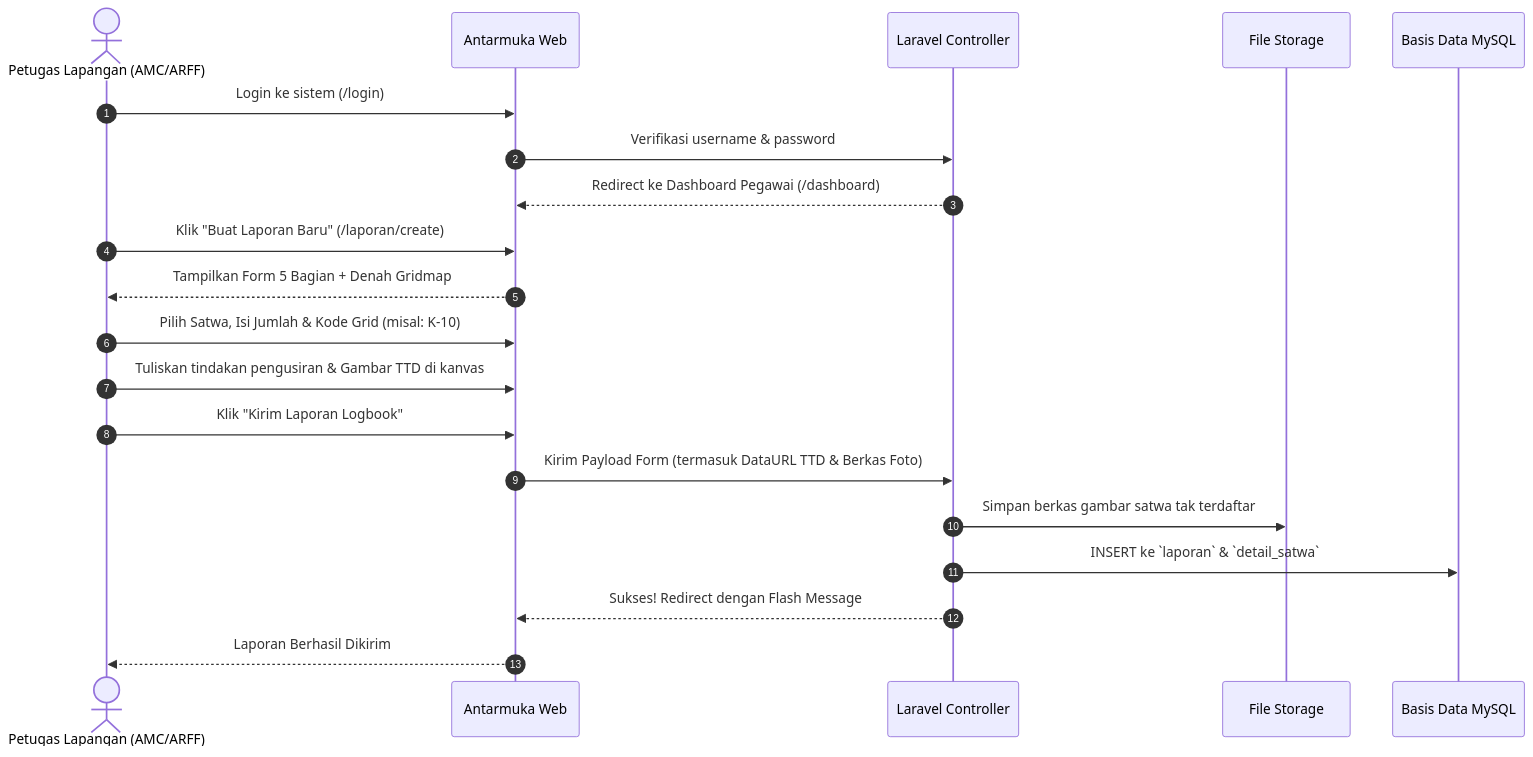
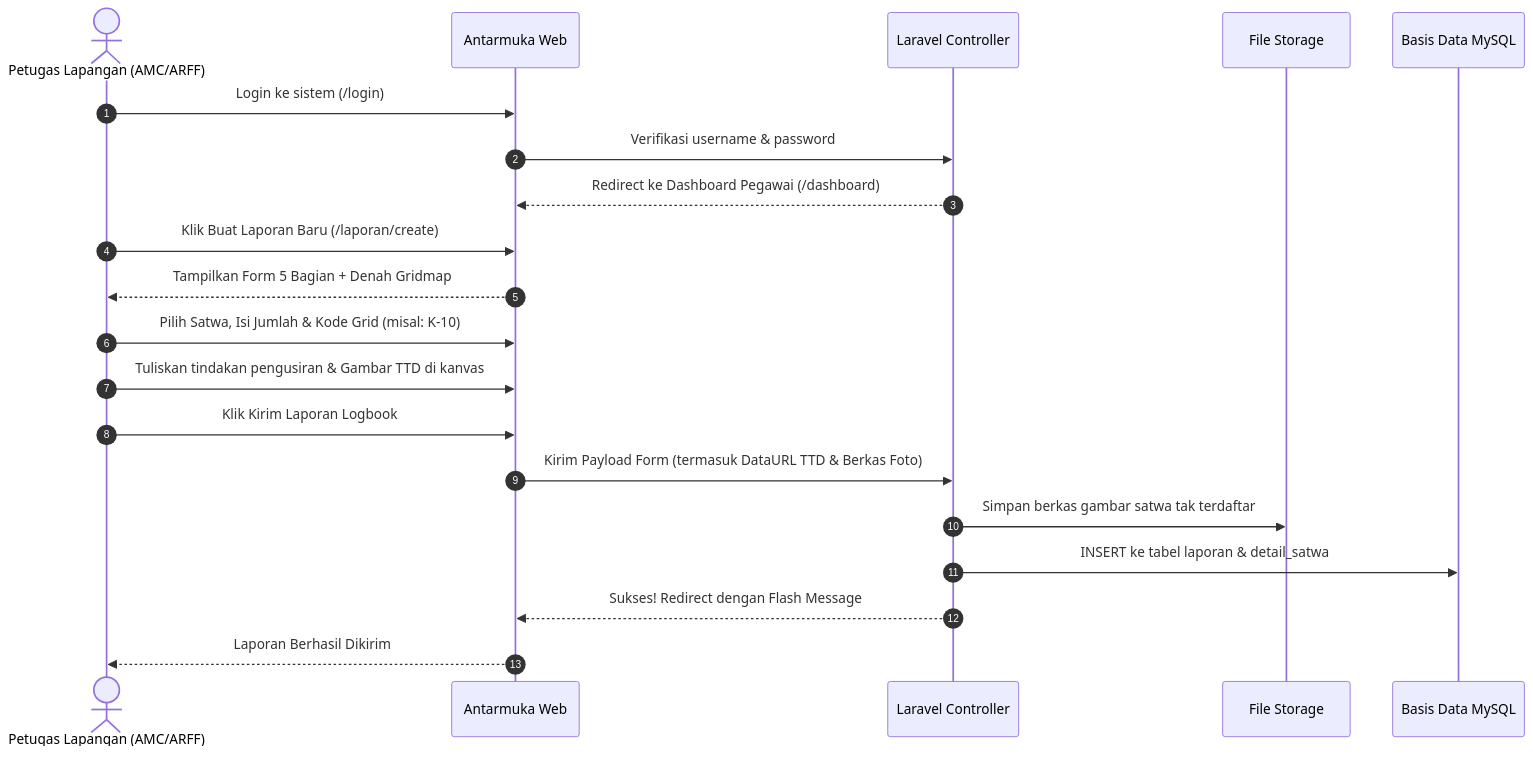
The fourth of 5 diagrams in prd.md (IhsannulF/Wildlife-Hazard-Management-Logbook-System-AngkasaPura), drawn with Mermaid before and after one commit. The commit also changed other lines of this file, not shown here.

Commit message:
fix(docs): fix Mermaid diagram syntax errors for GitHub renderer in prd.md

````diff
--- a/prd.md
+++ b/prd.md
@@ -333,23 +333,23 @@
 ```mermaid
 sequenceDiagram
     autonumber
     actor Petugas as Petugas Lapangan (AMC/ARFF)
     participant Web as Antarmuka Web
     participant Server as Laravel Controller
     participant Storage as File Storage
     participant DB as Basis Data MySQL
  
     Petugas->>Web: Login ke sistem (/login)
     Web->>Server: Verifikasi username & password
     Server-->>Web: Redirect ke Dashboard Pegawai (/dashboard)
-    Petugas->>Web: Klik "Buat Laporan Baru" (/laporan/create)
+    Petugas->>Web: Klik Buat Laporan Baru (/laporan/create)
     Web-->>Petugas: Tampilkan Form 5 Bagian + Denah Gridmap
     Petugas->>Web: Pilih Satwa, Isi Jumlah & Kode Grid (misal: K-10)
     Petugas->>Web: Tuliskan tindakan pengusiran & Gambar TTD di kanvas
-    Petugas->>Web: Klik "Kirim Laporan Logbook"
+    Petugas->>Web: Klik Kirim Laporan Logbook
     Web->>Server: Kirim Payload Form (termasuk DataURL TTD & Berkas Foto)
     Server->>Storage: Simpan berkas gambar satwa tak terdaftar
-    Server->>DB: INSERT ke `laporan` & `detail_satwa`
+    Server->>DB: INSERT ke tabel laporan & detail_satwa
     Server-->>Web: Sukses! Redirect dengan Flash Message
     Web-->>Petugas: Laporan Berhasil Dikirim
 ```
````
